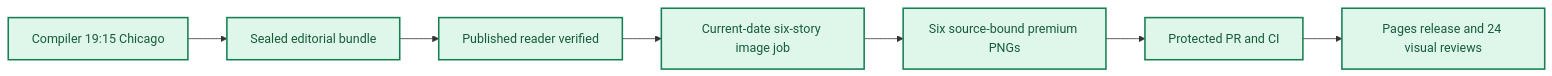
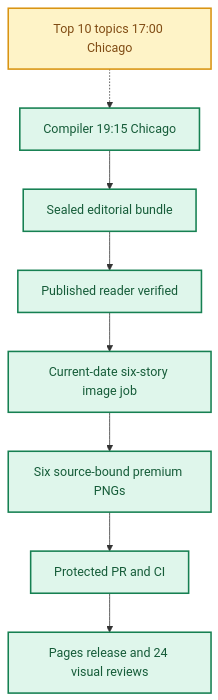
One commit to gttome/Daily-AI-Brief-Compiler changed the diagram in daily/2026-10-19/combined.md. Above: the diagram before and after it, drawn with Mermaid. The commit also changed other lines of this file and 104 other files, not shown here.

````diff
--- a/daily/2026-10-19/combined.md
+++ b/daily/2026-10-19/combined.md
@@ -54,13 +59,15 @@
 ```mermaid
-flowchart LR
-  A["Compiler 19:15 Chicago"] --> B["Sealed editorial bundle"]
+flowchart TD
+  T["Top 10 topics 17:00 Chicago"] -.-> A["Compiler 19:15 Chicago"]
+  A --> B["Sealed editorial bundle"]
   B --> C["Published reader verified"]
   C --> D["Current-date six-story image job"]
   D --> E["Six source-bound premium PNGs"]
   E --> F["Protected PR and CI"]
   F --> G["Pages release and 24 visual reviews"]
   classDef done fill:#dff6eb,color:#165c39,stroke:#168052,stroke-width:2px
   classDef uncertain fill:#fef3c7,color:#804c14,stroke:#d99412,stroke-width:2px
   class A,B,C,D done
   class E,F,G done
+  class T uncertain
 ```
````
